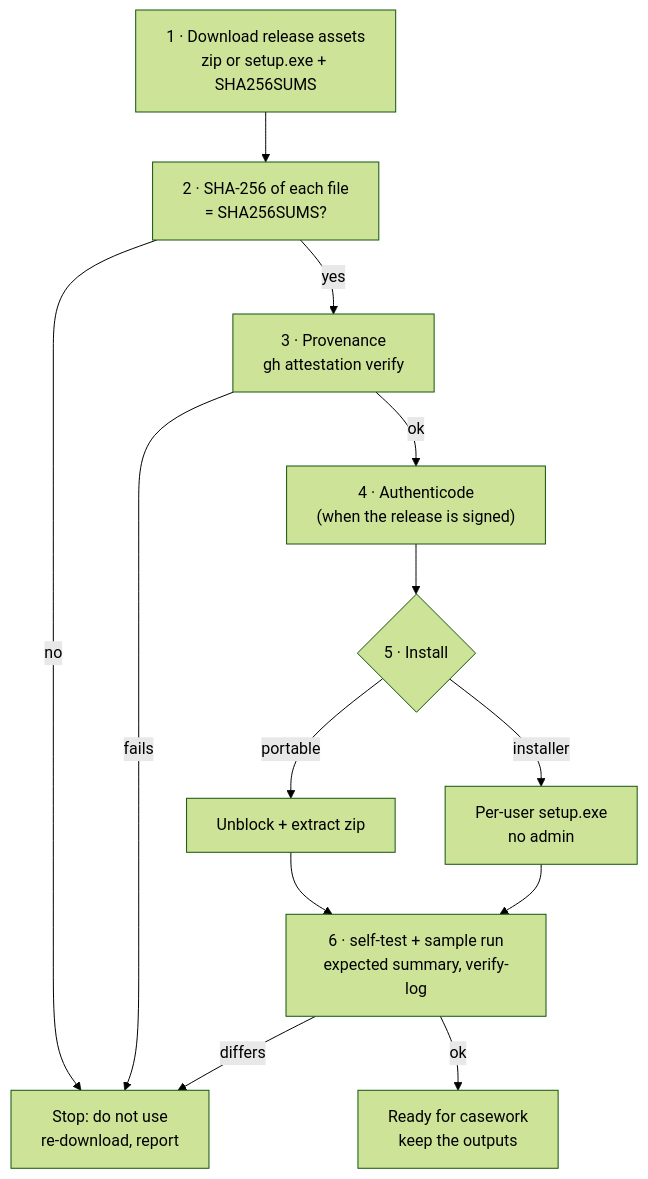
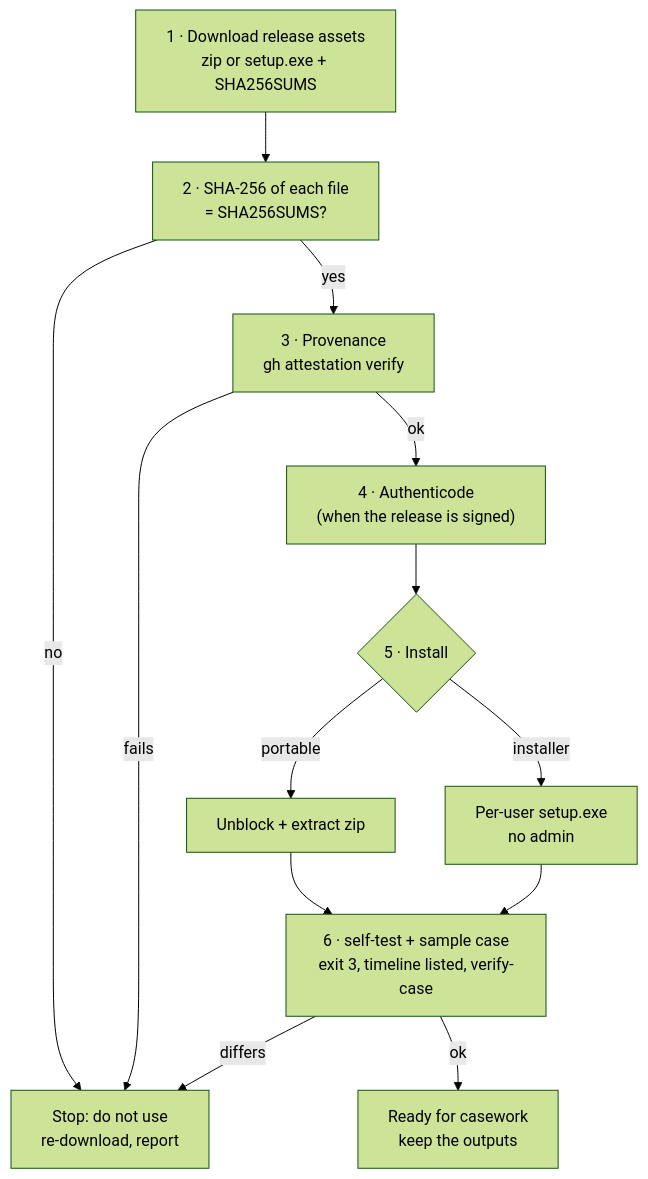
The diagram in docs/installation.md (Panacota96/rv-timeline), drawn with Mermaid (forest theme) before and after one commit. The commit also changed other lines of this file and 984 other files, not shown here.

First line of the commit message:
feat: RV Timeline v0.1 — cited case timeline from the Rakvor tools' outputs (#3)

````diff
--- a/docs/installation.md
+++ b/docs/installation.md
@@ -18,15 +12,15 @@
 ```mermaid
 flowchart TB
     A["1 · Download release assets<br/>zip or setup.exe + SHA256SUMS"] --> B["2 · SHA-256 of each file<br/>= SHA256SUMS?"]
     B -->|no| X["Stop: do not use<br/>re-download, report"]
     B -->|yes| C["3 · Provenance<br/>gh attestation verify"]
     C -->|fails| X
     C -->|ok| D["4 · Authenticode<br/>(when the release is signed)"]
     D --> E{"5 · Install"}
     E -->|portable| F["Unblock + extract zip"]
     E -->|installer| G["Per-user setup.exe<br/>no admin"]
-    F --> H["6 · self-test + sample run<br/>expected summary, verify-log"]
+    F --> H["6 · self-test + sample case<br/>exit 3, timeline listed, verify-case"]
     G --> H
     H -->|ok| J["Ready for casework<br/>keep the outputs"]
     H -->|differs| X
 ```
````
